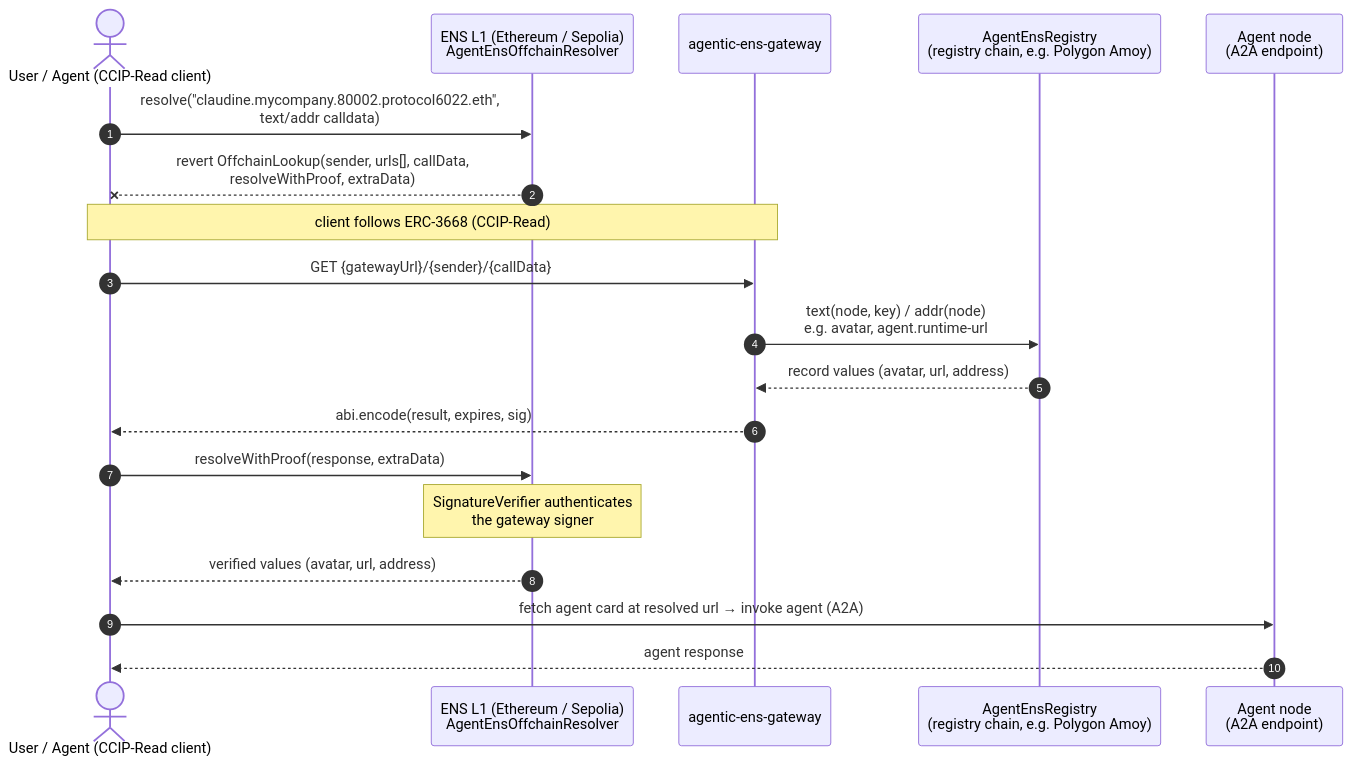
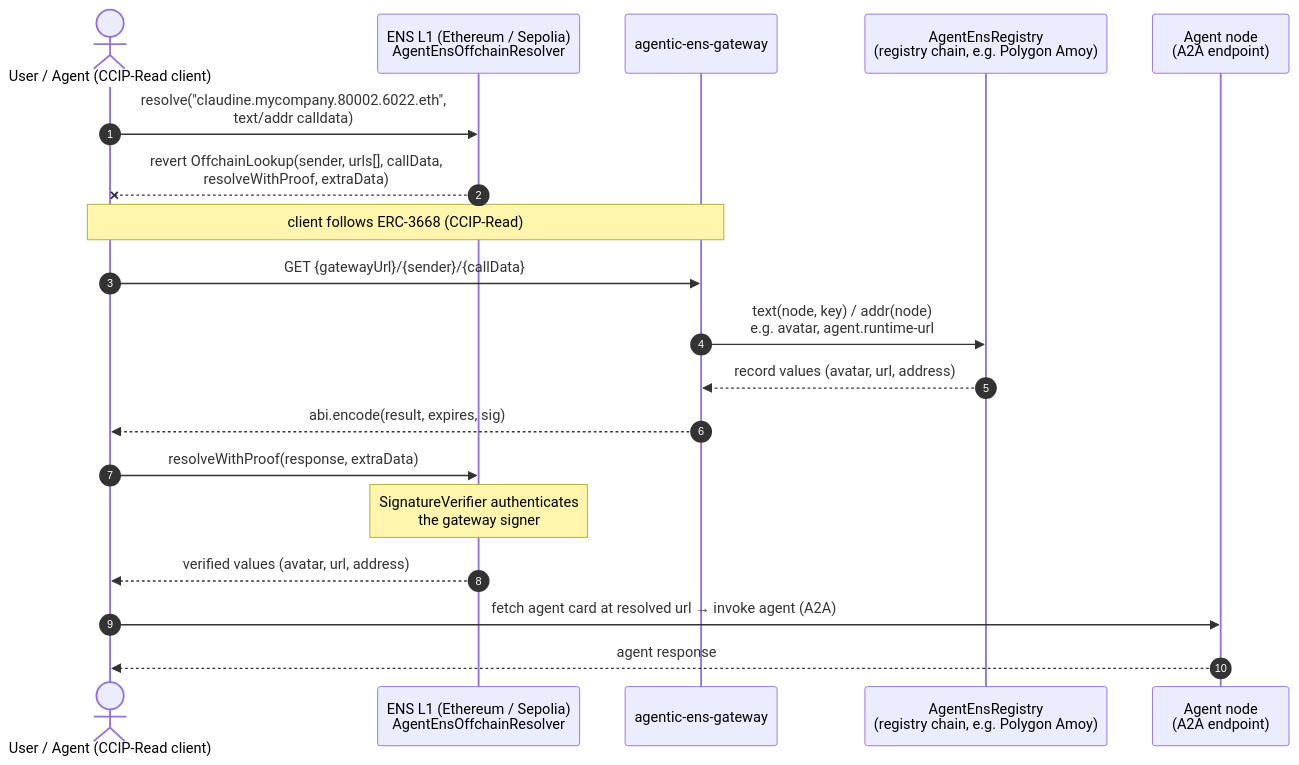
Before and after one commit to 6022-labs/agentic-ens-gateway: the diagram in README.md, drawn with Mermaid. The commit also changed other lines of this file and 3 other files, not shown here.

Commit message:
fix: replace protocol6022.eth references to 6022.eth

````diff
--- a/README.md
+++ b/README.md
@@ -30,26 +30,26 @@
 ```mermaid
 sequenceDiagram
     autonumber
     actor U as User / Agent (CCIP-Read client)
     participant ENS as ENS L1 (Ethereum / Sepolia)<br/>AgentEnsOffchainResolver
     participant GW as agentic-ens-gateway
     participant REG as AgentEnsRegistry<br/>(registry chain, e.g. Polygon Amoy)
     participant A as Agent node<br/>(A2A endpoint)
 
-    U->>ENS: resolve("claudine.mycompany.80002.protocol6022.eth",<br/>text/addr calldata)
+    U->>ENS: resolve("claudine.mycompany.80002.6022.eth",<br/>text/addr calldata)
     ENS--xU: revert OffchainLookup(sender, urls[], callData,<br/>resolveWithProof, extraData)
 
     Note over U,GW: client follows ERC-3668 (CCIP-Read)
 
     U->>GW: GET {gatewayUrl}/{sender}/{callData}
     GW->>REG: text(node, key) / addr(node)<br/>e.g. avatar, agent.runtime-url
     REG-->>GW: record values (avatar, url, address)
     GW-->>U: abi.encode(result, expires, sig)
 
     U->>ENS: resolveWithProof(response, extraData)
     Note over ENS: SignatureVerifier authenticates<br/>the gateway signer
     ENS-->>U: verified values (avatar, url, address)
 
     U->>A: fetch agent card at resolved url → invoke agent (A2A)
     A-->>U: agent response
 ```
````
